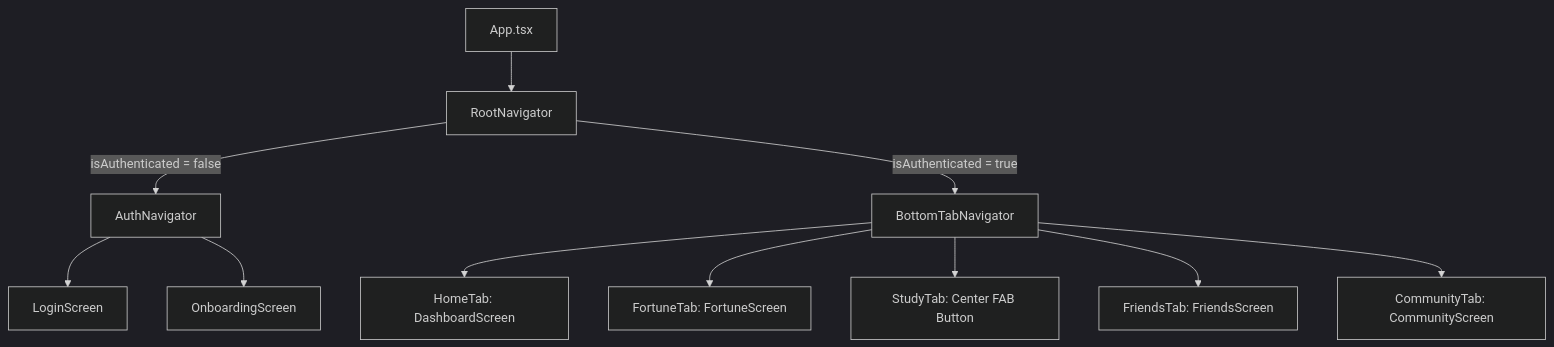
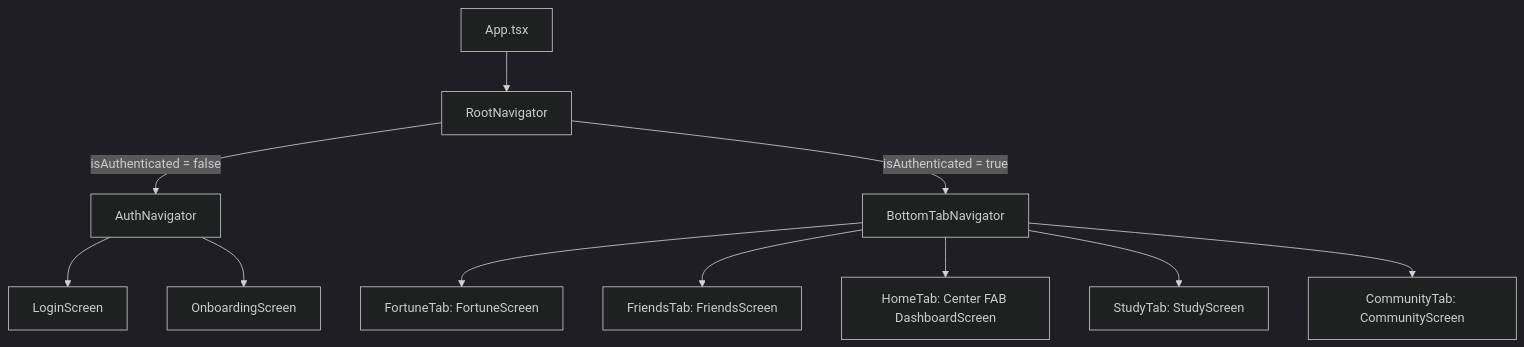
One commit to s-zuni/weganda changed the diagram in src/navigation/skills.md. Above: the diagram before and after it, drawn with Mermaid (dark theme). The commit also changed 39 other files, not shown here.

````diff
--- a/src/navigation/skills.md
+++ b/src/navigation/skills.md
@@ -14,15 +14,15 @@
 ```mermaid
 graph TD
     App[App.tsx] --> Root[RootNavigator]
     Root -->|isAuthenticated = false| Auth[AuthNavigator]
     Root -->|isAuthenticated = true| Main[BottomTabNavigator]
     
     Auth --> Login[LoginScreen]
     Auth --> Onboarding[OnboardingScreen]
     
-    Main --> Tab1[HomeTab: DashboardScreen]
-    Main --> Tab2[FortuneTab: FortuneScreen]
-    Main --> Tab3[StudyTab: Center FAB Button]
-    Main --> Tab4[FriendsTab: FriendsScreen]
+    Main --> Tab1[FortuneTab: FortuneScreen]
+    Main --> Tab2[FriendsTab: FriendsScreen]
+    Main --> Tab3[HomeTab: Center FAB DashboardScreen]
+    Main --> Tab4[StudyTab: StudyScreen]
     Main --> Tab5[CommunityTab: CommunityScreen]
 ```
````
